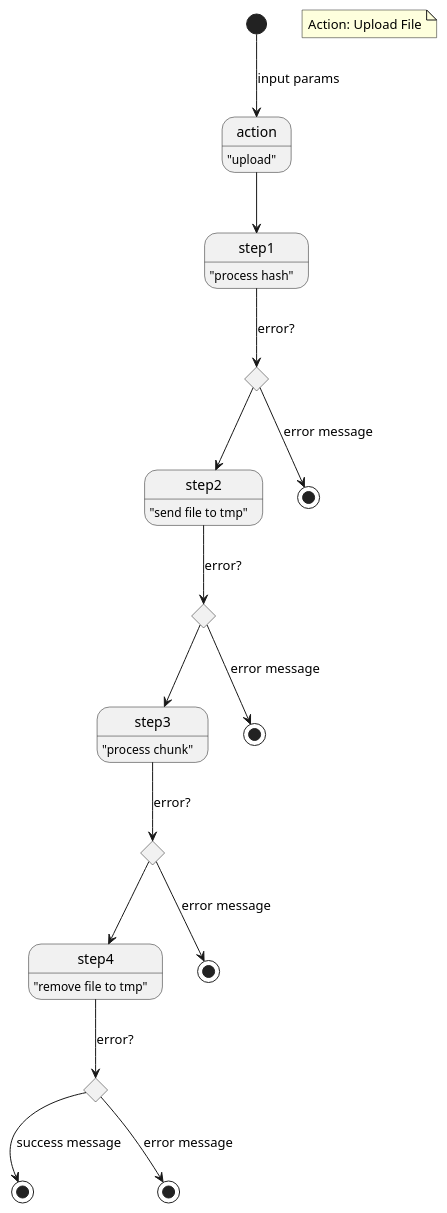
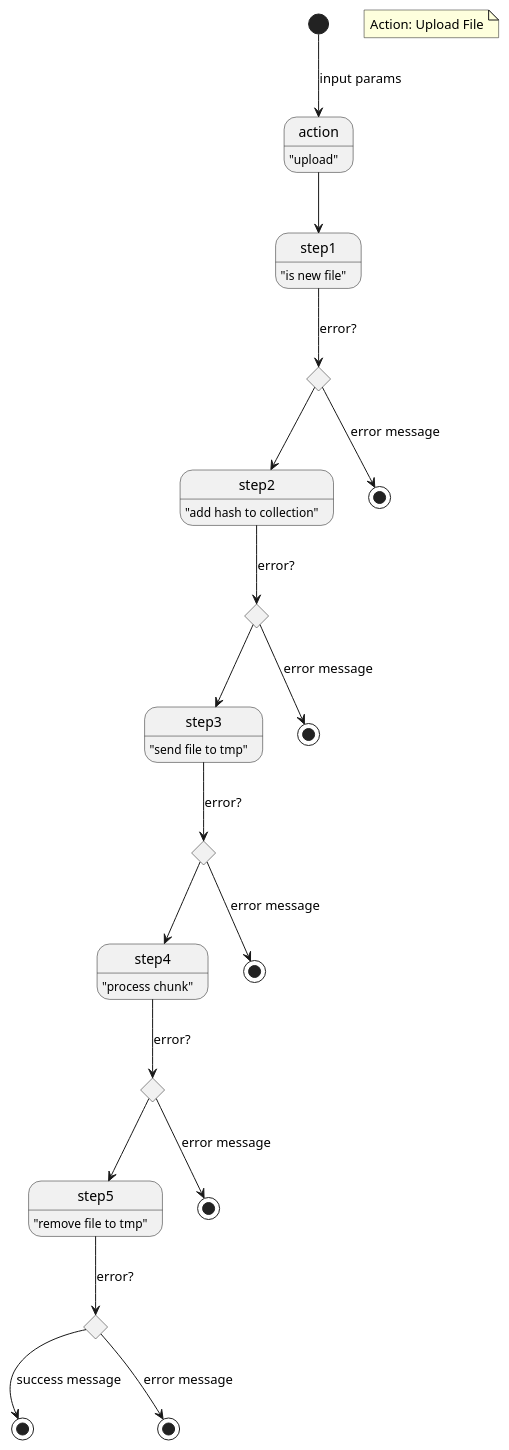
Before and after one commit to psaraiva/lab-go-chunk: the diagram in out_application/doc/state-action-upload.wsd, drawn with PlantUML. The commit also changed 9 other files, not shown here.

```diff
--- a/out_application/doc/state-action-upload.wsd
+++ b/out_application/doc/state-action-upload.wsd
@@ -1,35 +1,42 @@
 @startuml
 state action : "upload"
-state "step1" as s1: "process hash"
+state "step1" as s1: "is new file"
 note "Action: Upload File" as n1
-state "step2" as s2: "send file to tmp"
-state "step3" as s3: "process chunk"
-state "step4" as s4: "remove file to tmp"
+state "step2" as s2: "add hash to collection"
+state "step3" as s3: "send file to tmp"
+state "step4" as s4: "process chunk"
+state "step5" as s5: "remove file to tmp"
 state "end" as e0 <<end>>
 state "end" as e1 <<end>>
 state "end" as e2 <<end>>
 state "end" as e3 <<end>>
 state "end" as e4 <<end>>
+state "end" as e5 <<end>>
 state "choice" as c1 <<choice>>
 state "choice" as c2 <<choice>>
 state "choice" as c3 <<choice>>
 state "choice" as c4 <<choice>>
+state "choice" as c5 <<choice>>
 
 [*] --> action : input params
 action --> s1
 s1 --> c1 : error?
 c1 --> e1: error message
 c1 --> s2
 
 s2 --> c2 : error?
 c2 --> e2: error message
 c2 --> s3
 
 s3 --> c3 : error?
 c3 --> e3: error message
 c3 --> s4
 
 s4 --> c4 : error?
 c4 --> e4: error message
-c4 --> e0: success message
+c4 --> s5
+
+s5 --> c5 : error?
+c5 --> e5: error message
+c5 --> e0: success message
 @enduml
```
